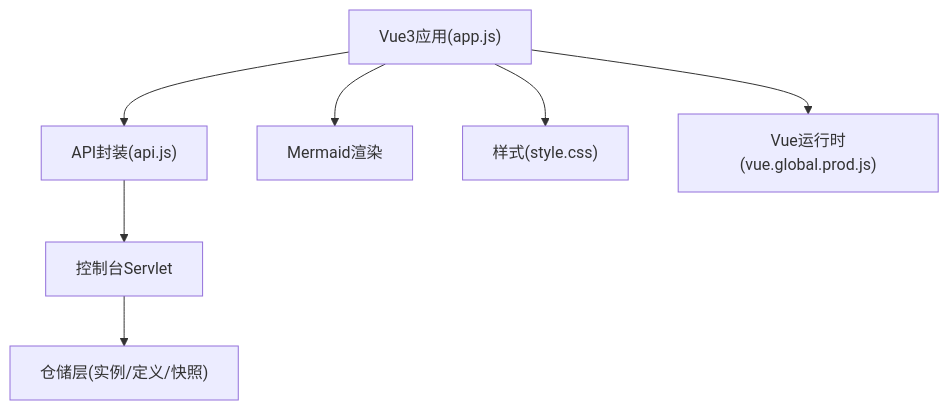
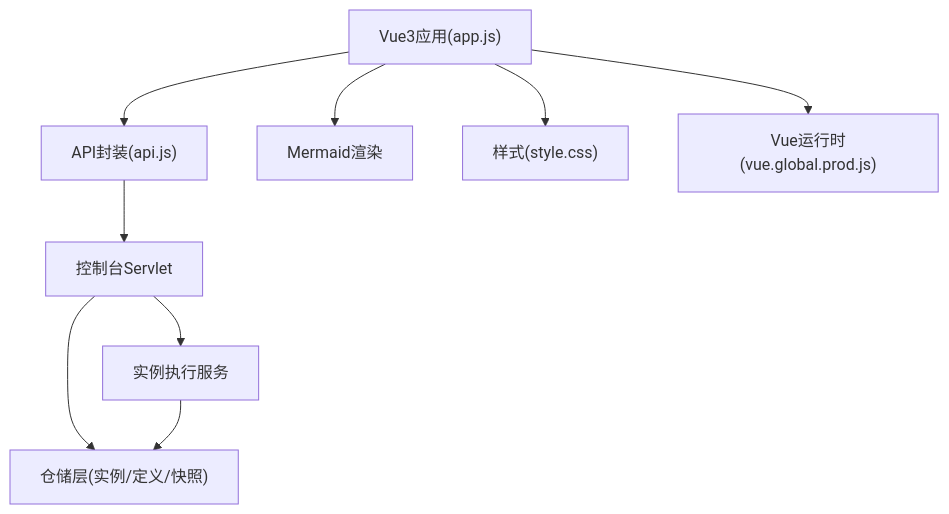
Before and after one commit to xiaoche80s-tech/state-machine-parent: the seventh of 7 diagrams in .qoder/repowiki/zh/content/管理控制台/管理控制台.md, drawn with Mermaid. The commit also changed other lines of this file and 7 other files, not shown here.

````diff
--- a/.qoder/repowiki/zh/content/管理控制台/管理控制台.md
+++ b/.qoder/repowiki/zh/content/管理控制台/管理控制台.md
@@ -381,9 +473,11 @@
 ```mermaid
 graph TB
 Vue["Vue3应用(app.js)"] --> API["API封装(api.js)"]
 API --> Servlet["控制台Servlet"]
 Servlet --> Repo["仓储层(实例/定义/快照)"]
+Servlet --> Service["实例执行服务"]
+Service --> Repo
 Vue --> Mermaid["Mermaid渲染"]
 Vue --> Style["样式(style.css)"]
 Vue --> Runtime["Vue运行时(vue.global.prod.js)"]
 ```
````
